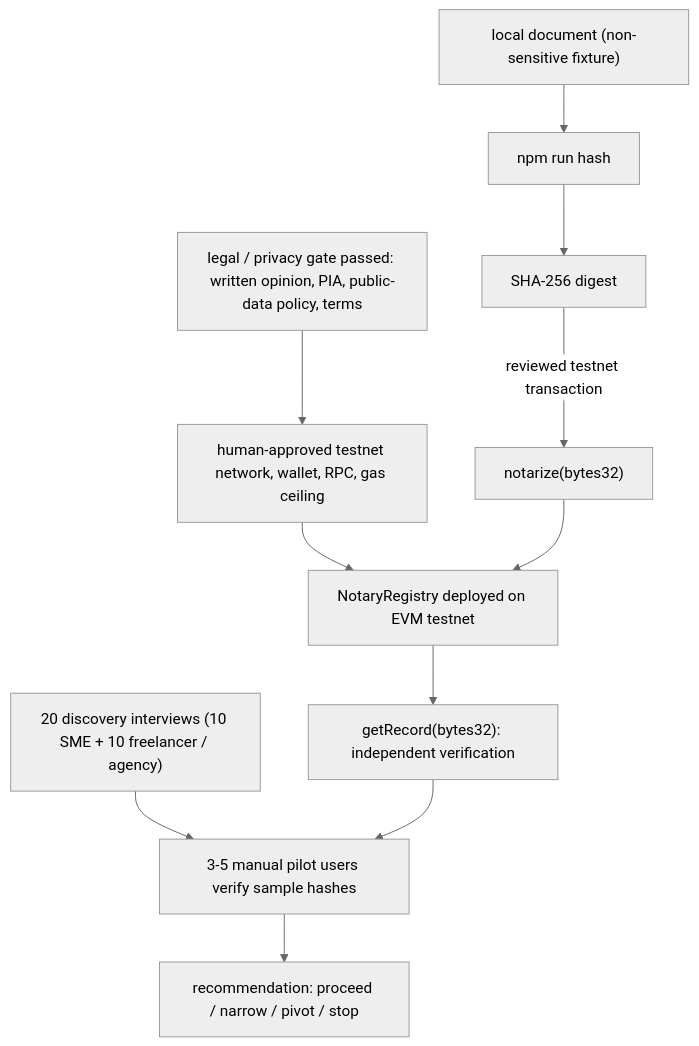
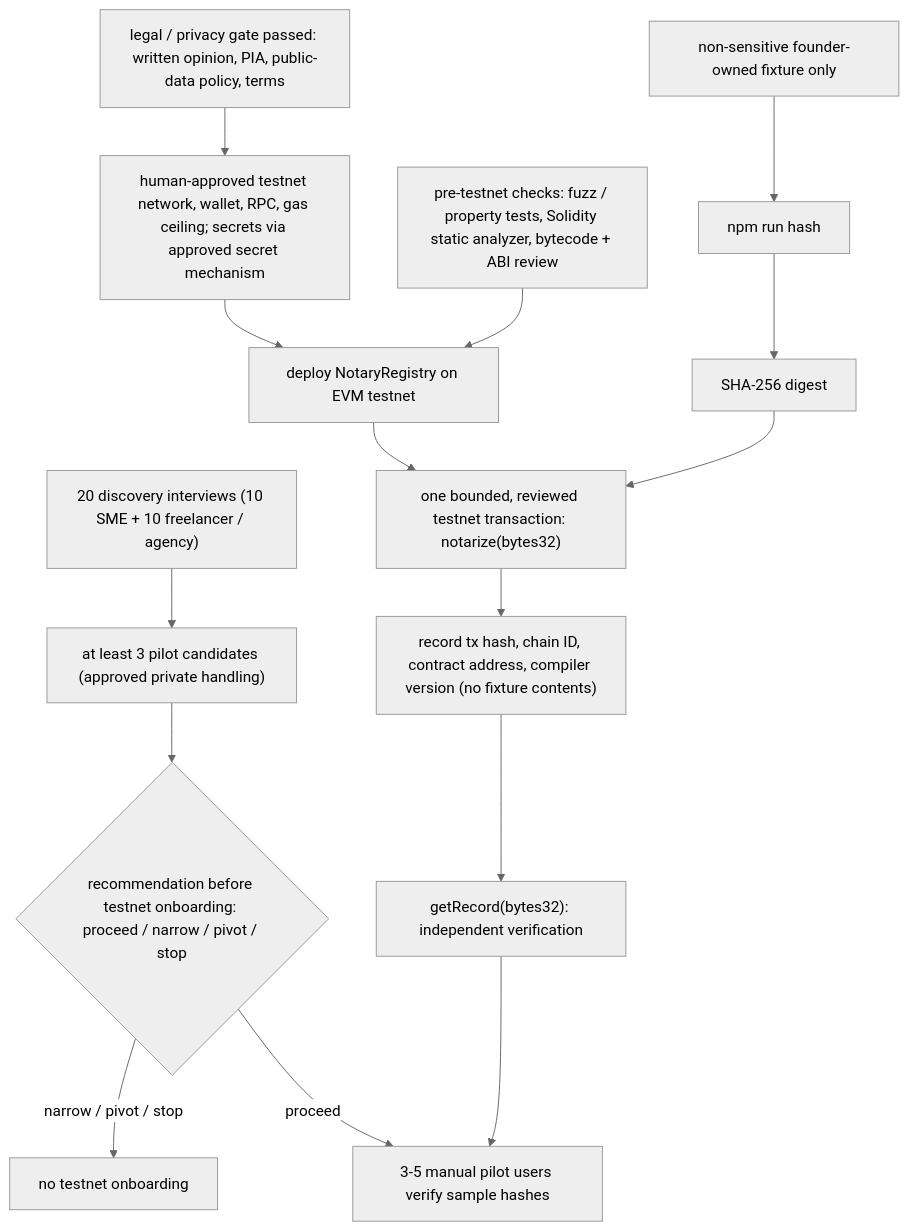
Before and after one commit to bookchaowalit/trust-provenchain: the second of 2 diagrams in docs/diagrams/01-business-process.md, drawn with Mermaid (neutral theme). The commit also changed other lines of this file, not shown here.

Commit message:
docs: fix As-Is/To-Be business process per Codex review (01-business-process)
Match the diagrams to the code for the review findings: approval and
ordering gates, failure and retry paths, and data boundaries. Owner
decisions are recorded as Gap rows instead of inventing behaviour.

````diff
--- a/docs/diagrams/01-business-process.md
+++ b/docs/diagrams/01-business-process.md
@@ -32,13 +34,17 @@
 ```mermaid
 flowchart TD
-  DOC["local document (non-sensitive fixture)"] --> HASH["npm run hash"]
+  DISC["20 discovery interviews (10 SME + 10 freelancer / agency)"] --> CAND["at least 3 pilot candidates (approved private handling)"]
+  CAND --> DEC{"recommendation before testnet onboarding: proceed / narrow / pivot / stop"}
+  DEC -->|"narrow / pivot / stop"| HALT["no testnet onboarding"]
+  GATE["legal / privacy gate passed: written opinion, PIA, public-data policy, terms"] --> APPR["human-approved testnet network, wallet, RPC, gas ceiling; secrets via approved secret mechanism"]
+  TECH["pre-testnet checks: fuzz / property tests, Solidity static analyzer, bytecode + ABI review"] --> DEPLOY["deploy NotaryRegistry on EVM testnet"]
+  APPR --> DEPLOY
+  DOC["non-sensitive founder-owned fixture only"] --> HASH["npm run hash"]
   HASH --> DIG["SHA-256 digest"]
-  GATE["legal / privacy gate passed: written opinion, PIA, public-data policy, terms"] --> APPR["human-approved testnet network, wallet, RPC, gas ceiling"]
-  APPR --> NET["NotaryRegistry deployed on EVM testnet"]
-  DIG -->|"reviewed testnet transaction"| NOT["notarize(bytes32)"]
-  NOT --> NET
-  NET --> GET["getRecord(bytes32): independent verification"]
-  DISC["20 discovery interviews (10 SME + 10 freelancer / agency)"] --> PILOT["3-5 manual pilot users verify sample hashes"]
+  DEPLOY --> TX["one bounded, reviewed testnet transaction: notarize(bytes32)"]
+  DIG --> TX
+  TX --> REC["record tx hash, chain ID, contract address, compiler version (no fixture contents)"]
+  REC --> GET["getRecord(bytes32): independent verification"]
+  DEC -->|proceed| PILOT["3-5 manual pilot users verify sample hashes"]
   GET --> PILOT
-  PILOT --> DEC["recommendation: proceed / narrow / pivot / stop"]
 ```
````
